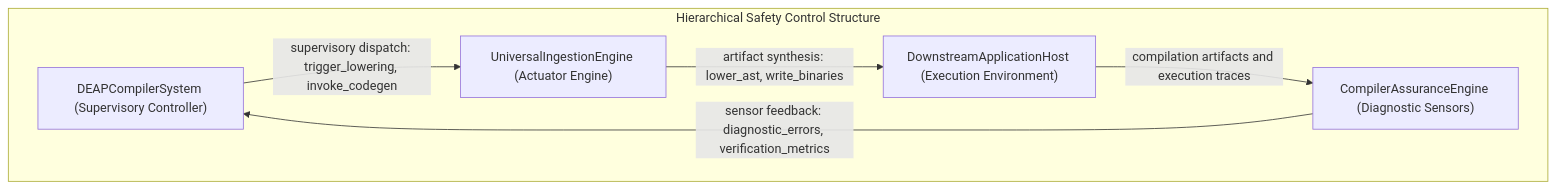
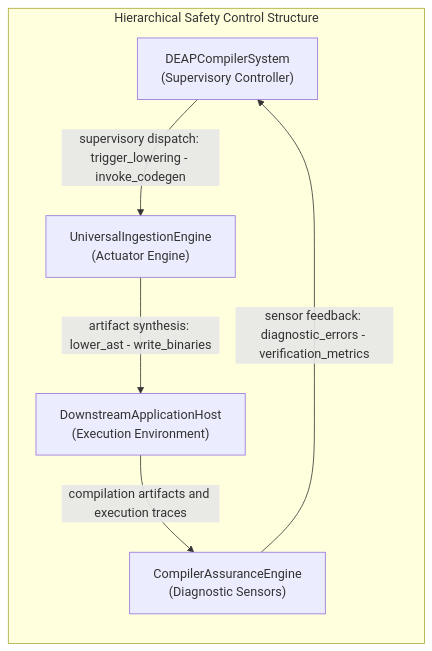
The diagram in docs/safety/01_LOSSES_HAZARDS_TOPOLOGY.md (gintatkinson/dumpiler-01), drawn with Mermaid before and after one commit. The commit also changed 4 other files, not shown here.

Commit message:
feat(stpa): format STPA Mermaid diagrams for GLFM compliance and direction TB (refs #115)

````diff
--- a/docs/safety/01_LOSSES_HAZARDS_TOPOLOGY.md
+++ b/docs/safety/01_LOSSES_HAZARDS_TOPOLOGY.md
@@ -67,14 +67,15 @@
 ```mermaid
 graph TD
     subgraph "Hierarchical Safety Control Structure"
-        CompilerController["DEAPCompilerSystem (Supervisory Controller)"]
-        ActuatorEngine["UniversalIngestionEngine (Actuator Engine)"]
-        ControlledProcess["DownstreamApplicationHost (Execution Environment)"]
-        DiagnosticSensors["CompilerAssuranceEngine (Diagnostic Sensors)"]
+        direction TB
+        CompilerController["DEAPCompilerSystem<br/>(Supervisory Controller)"]
+        ActuatorEngine["UniversalIngestionEngine<br/>(Actuator Engine)"]
+        ControlledProcess["DownstreamApplicationHost<br/>(Execution Environment)"]
+        DiagnosticSensors["CompilerAssuranceEngine<br/>(Diagnostic Sensors)"]
 
-        CompilerController -->|"supervisory dispatch: trigger_lowering, invoke_codegen"| ActuatorEngine
-        ActuatorEngine -->|"artifact synthesis: lower_ast, write_binaries"| ControlledProcess
+        CompilerController -->|"supervisory dispatch: trigger_lowering - invoke_codegen"| ActuatorEngine
+        ActuatorEngine -->|"artifact synthesis: lower_ast - write_binaries"| ControlledProcess
         ControlledProcess -->|"compilation artifacts and execution traces"| DiagnosticSensors
-        DiagnosticSensors -->|"sensor feedback: diagnostic_errors, verification_metrics"| CompilerController
+        DiagnosticSensors -->|"sensor feedback: diagnostic_errors - verification_metrics"| CompilerController
     end
 ```
````
